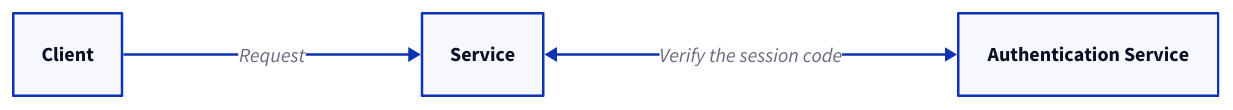
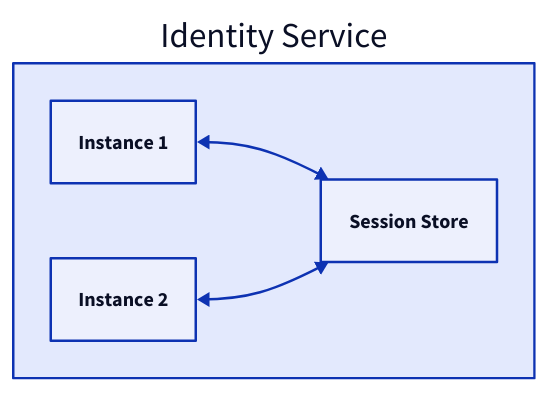
The third of 25 diagrams in content/docs/system-administration/system-protection/iam.md (link1905/system-design-101), drawn with D2 before and after one commit. The commit also changed other lines of this file and 9 other files, not shown here.

````diff
--- a/content/docs/system-administration/system-protection/iam.md
+++ b/content/docs/system-administration/system-protection/iam.md
@@ -91,14 +67,17 @@
 ```d2
 direction: right
-c: Client {
-  class: client
+
+s: Identity Service {
+  s1: Instance 1 {
+    class: server
+  }
+  s2: Instance 2 {
+    class: server
+  }
+  ss: Session Store {
+    class: cache
+  }
+  s1 <-> ss
+  s2 <-> ss
 }
-s: Service {
-  class: server
-}
-a: Authentication Service {
-  class: server
-}
-c -> s: Request
-s <-> a: Verify the session code
 ```
````
